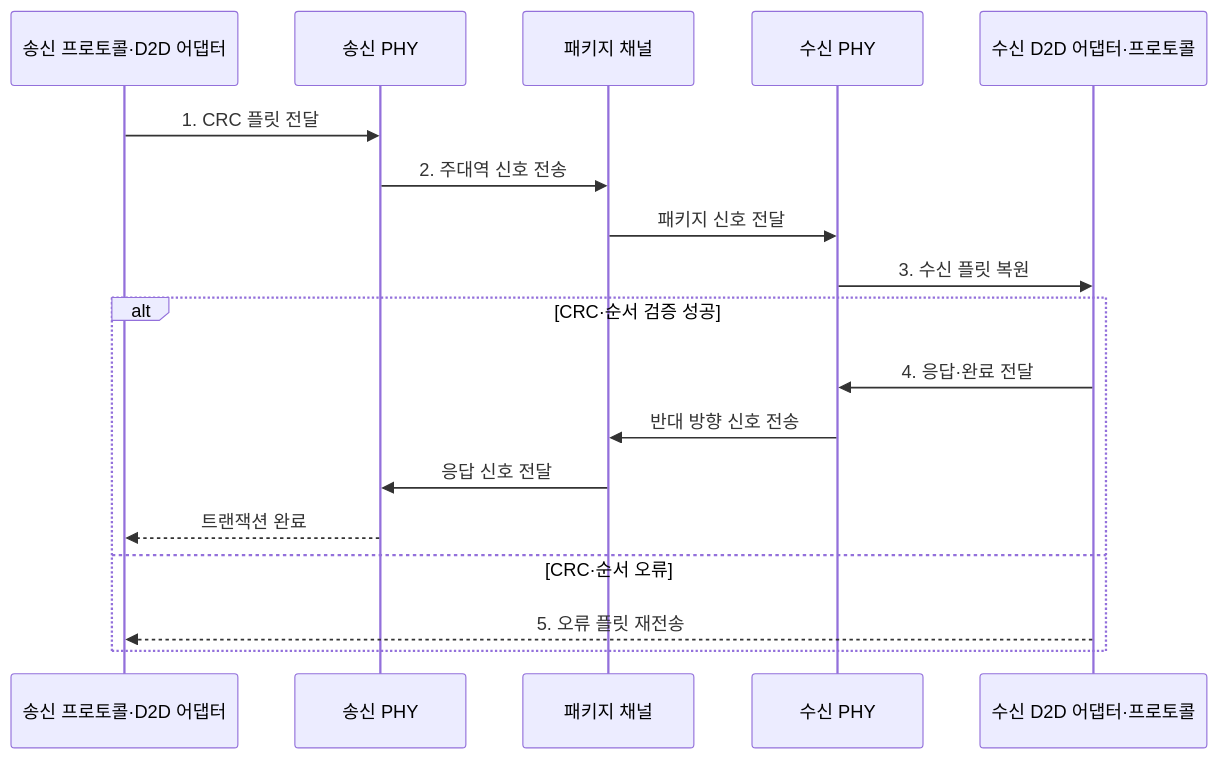
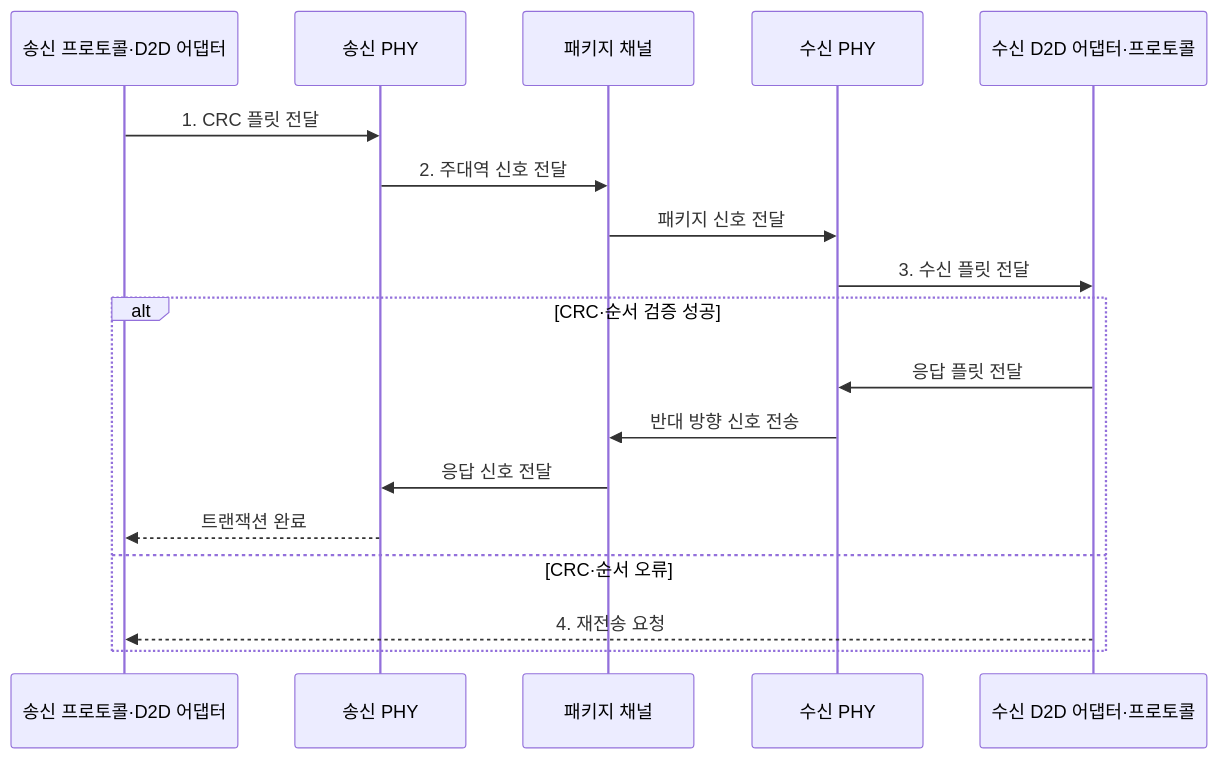
One commit to agnusdei1207/knowledge-base changed the second of 2 diagrams in src/content/docs/notes/02-hardware/050_ucie.md. Above: the diagram before and after it, drawn with Mermaid. The commit also changed other lines of this file and 20 other files, not shown here.

````diff
--- a/src/content/docs/notes/02-hardware/050_ucie.md
+++ b/src/content/docs/notes/02-hardware/050_ucie.md
@@ -91,21 +94,21 @@
 ```mermaid
 sequenceDiagram
     participant S as 송신 프로토콜·D2D 어댑터
     participant P as 송신 PHY
     participant C as 패키지 채널
     participant Q as 수신 PHY
     participant R as 수신 D2D 어댑터·프로토콜
 
     S->>P: 1. CRC 플릿 전달
-    P->>C: 2. 주대역 신호 전송
+    P->>C: 2. 주대역 신호 전달
     C->>Q: 패키지 신호 전달
-    Q->>R: 3. 수신 플릿 복원
+    Q->>R: 3. 수신 플릿 전달
     alt CRC·순서 검증 성공
-        R->>Q: 4. 응답·완료 전달
+        R->>Q: 응답 플릿 전달
         Q->>C: 반대 방향 신호 전송
         C->>P: 응답 신호 전달
         P-->>S: 트랜잭션 완료
     else CRC·순서 오류
-        R-->>S: 5. 오류 플릿 재전송
+        R-->>S: 4. 재전송 요청
     end
 ```
````
